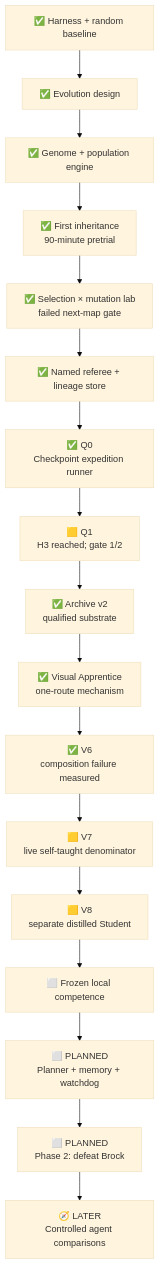
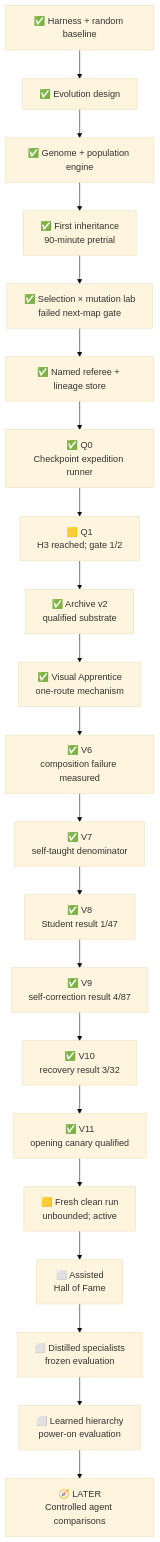
One commit to PeteAndrews1289/pokemon-red-ai changed the diagram in docs/roadmap.md. Above: the diagram before and after it, drawn with Mermaid (base theme). The commit also changed other lines of this file and 19 other files, not shown here.

Commit message:
Pivot to a hierarchical Hall of Fame agent

````diff
--- a/docs/roadmap.md
+++ b/docs/roadmap.md
@@ -142,19 +166,23 @@
 ```mermaid
 flowchart TD
     P0["✅ Harness + random baseline"] --> EV0["✅ Evolution design"]
     EV0 --> EV1["✅ Genome + population engine"]
     EV1 --> PRE["✅ First inheritance<br/>90-minute pretrial"]
     PRE --> LAB["✅ Selection × mutation lab<br/>failed next-map gate"]
     LAB --> REF["✅ Named referee + lineage store"]
     REF --> P1["✅ Q0<br/>Checkpoint expedition runner"]
     P1 --> Q1["🟨 Q1<br/>H3 reached; gate 1/2"]
     Q1 --> SC["✅ Archive v2<br/>qualified substrate"]
     SC --> VA["✅ Visual Apprentice<br/>one-route mechanism"]
     VA --> V6["✅ V6<br/>composition failure measured"]
-    V6 --> V7["🟨 V7<br/>live self-taught denominator"]
-    V7 --> V8["🟨 V8<br/>separate distilled Student"]
-    V8 --> SK["⬜ Frozen local competence"]
-    SK --> HY["⬜ PLANNED<br/>Planner + memory + watchdog"]
-    HY --> P2["⬜ PLANNED<br/>Phase 2: defeat Brock"]
+    V6 --> V7["✅ V7<br/>self-taught denominator"]
+    V7 --> V8["✅ V8<br/>Student result 1/47"]
+    V8 --> V9["✅ V9<br/>self-correction result 4/87"]
+    V9 --> V10["✅ V10<br/>recovery result 3/32"]
+    V10 --> V11["✅ V11<br/>opening canary qualified"]
+    V11 --> RUN["🟨 Fresh clean run<br/>unbounded; active"]
+    RUN --> HOF["⬜ Assisted<br/>Hall of Fame"]
+    HOF --> SK["⬜ Distilled specialists<br/>frozen evaluation"]
+    SK --> P2["⬜ Learned hierarchy<br/>power-on evaluation"]
     P2 --> AB["🧭 LATER<br/>Controlled agent comparisons"]
 ```
````
